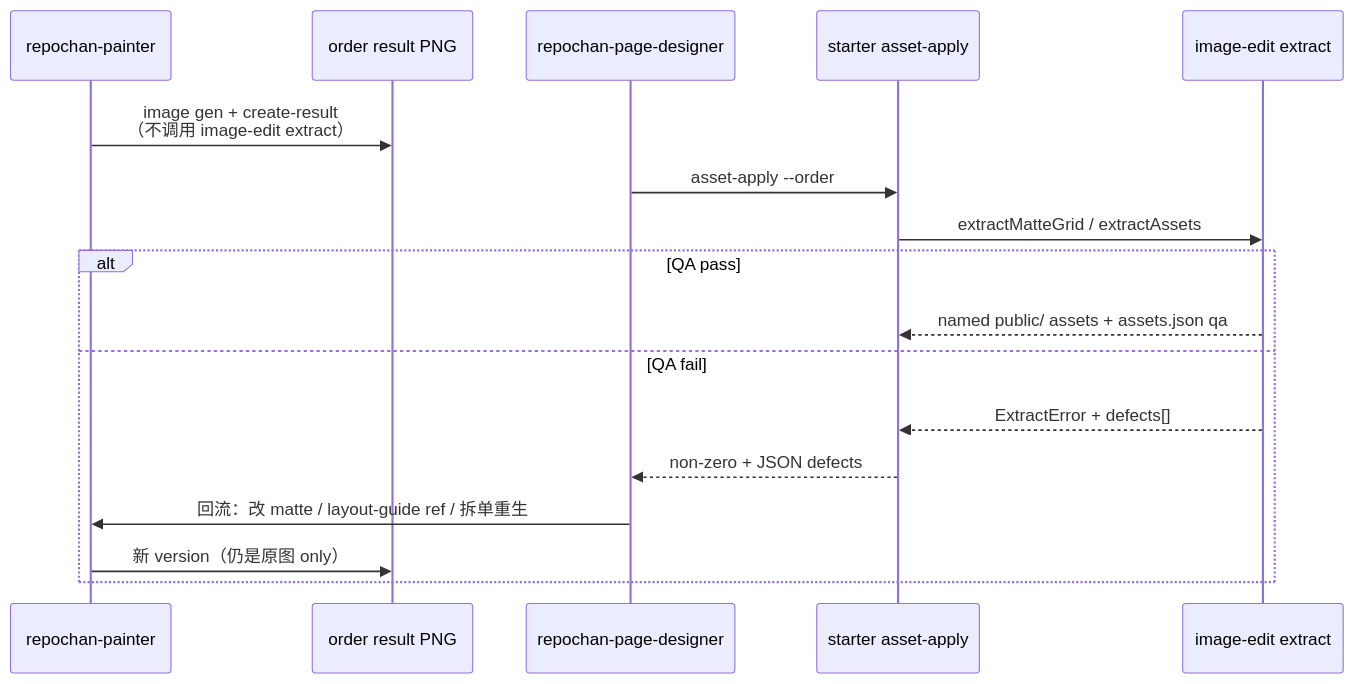
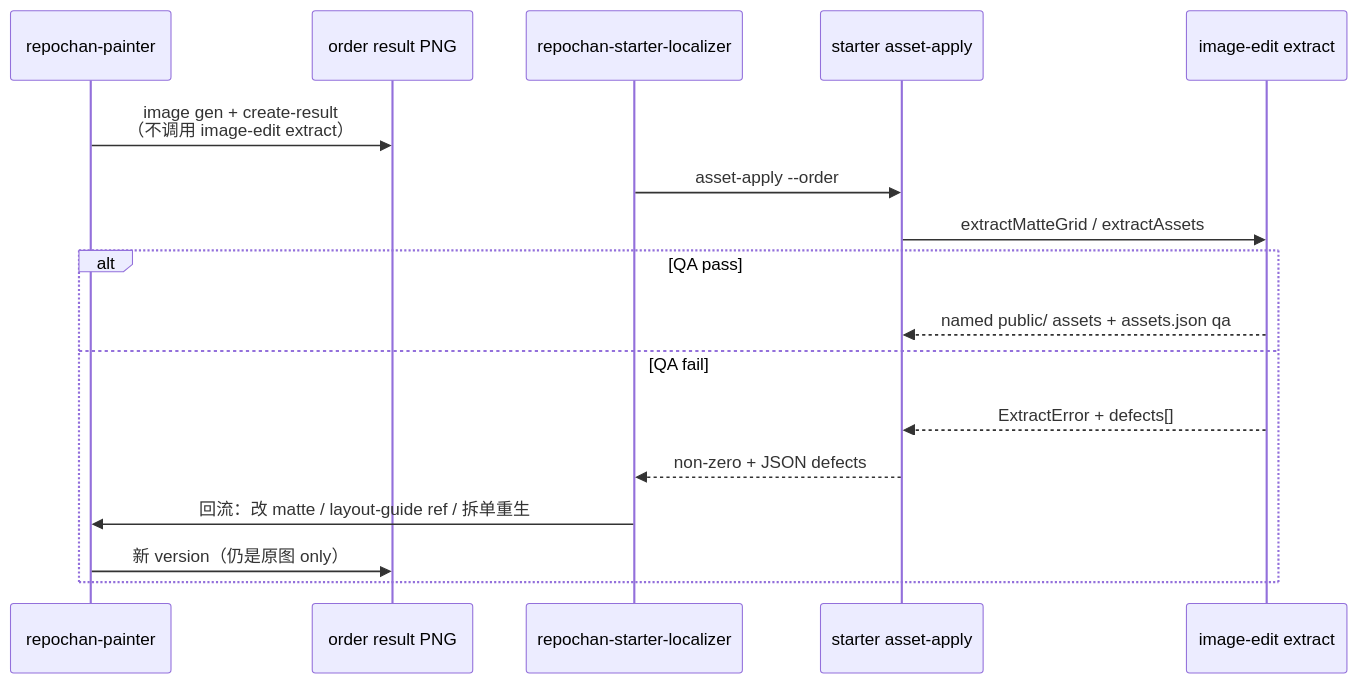
Before and after one commit to l1veIn/repochan-mono: the second of 5 diagrams in docs/design/cutout-slice-stability.md, drawn with Mermaid. The commit also changed other lines of this file and 47 other files, not shown here.

````diff
--- a/docs/design/cutout-slice-stability.md
+++ b/docs/design/cutout-slice-stability.md
@@ -135,20 +135,20 @@
 ```mermaid
 sequenceDiagram
   participant Painter as repochan-painter
   participant Order as order result PNG
-  participant PD as repochan-page-designer
+  participant PD as repochan-starter-localizer
   participant Apply as starter asset-apply
   participant IE as image-edit extract
 
   Painter->>Order: image gen + create-result<br/>（不调用 image-edit extract）
   PD->>Apply: asset-apply --order
   Apply->>IE: extractMatteGrid / extractAssets
   alt QA pass
     IE-->>Apply: named public/ assets + assets.json qa
   else QA fail
     IE-->>Apply: ExtractError + defects[]
     Apply-->>PD: non-zero + JSON defects
     PD->>Painter: 回流：改 matte / layout-guide ref / 拆单重生
     Painter->>Order: 新 version（仍是原图 only）
   end
 ```
````
